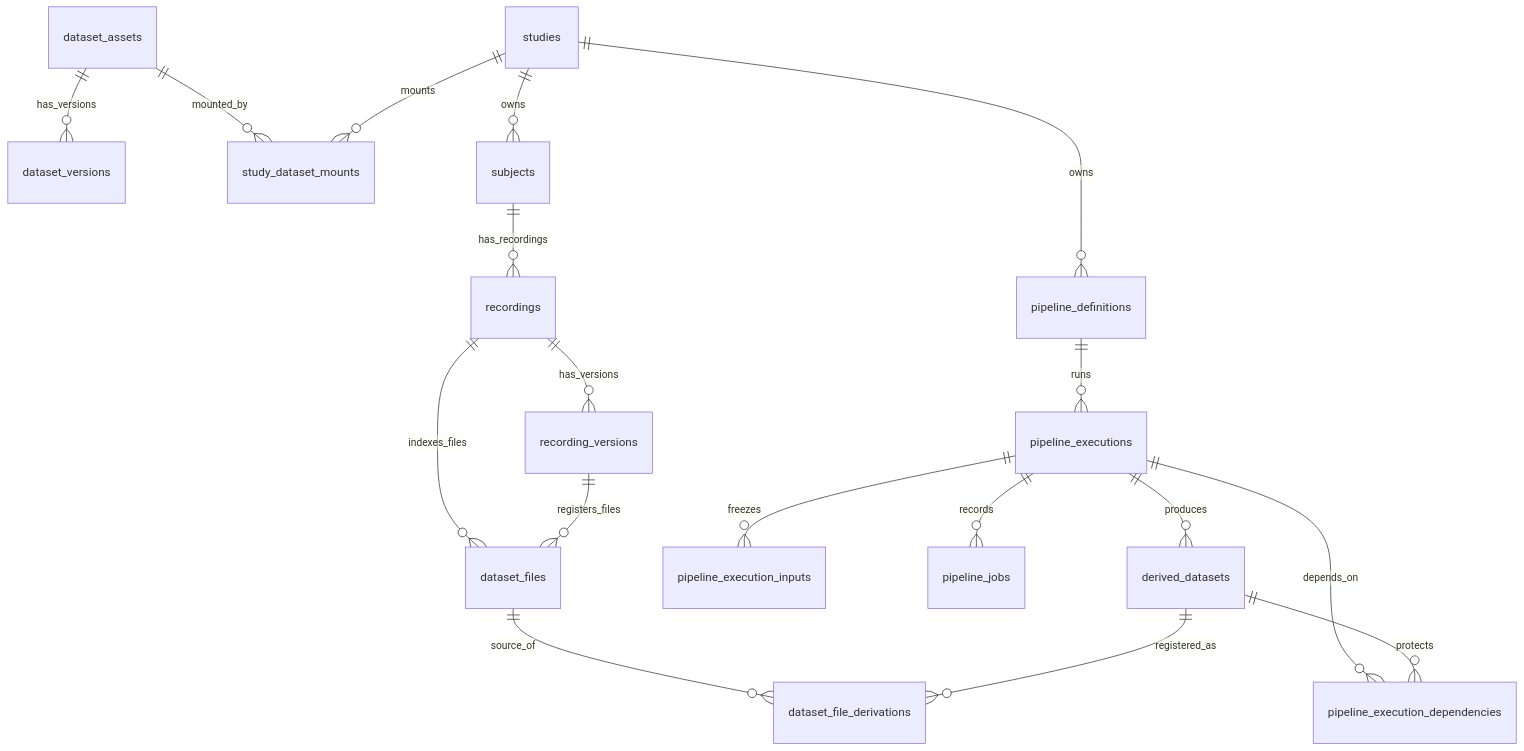
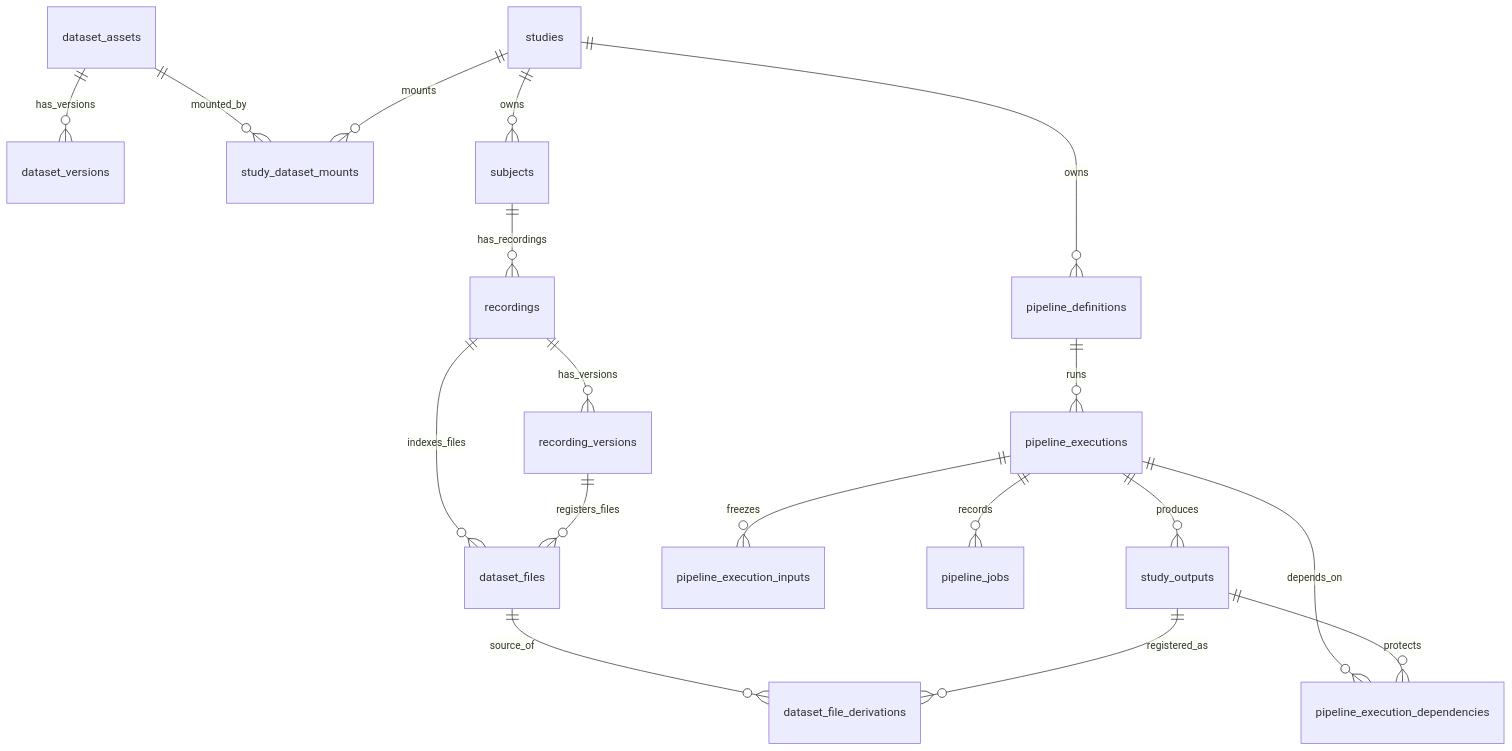
One commit to NoraJinxy/Niantong_GH_version changed the diagram in wiki/docs/3-00-数据库设计总览.md. Above: the diagram before and after it, drawn with Mermaid. The commit also changed other lines of this file and 39 other files, not shown here.

First line of the commit message:
docs(retention): wiki 收尾 — 批量改名 derived_dataset→输出/StudyOutput + 3-45 概念页重写

````diff
--- a/wiki/docs/3-00-数据库设计总览.md
+++ b/wiki/docs/3-00-数据库设计总览.md
@@ -55,20 +55,20 @@
 ```mermaid
 erDiagram
   dataset_assets ||--o{ dataset_versions : has_versions
   dataset_assets ||--o{ study_dataset_mounts : mounted_by
   studies ||--o{ study_dataset_mounts : mounts
   studies ||--o{ subjects : owns
   subjects ||--o{ recordings : has_recordings
   recordings ||--o{ recording_versions : has_versions
   recordings ||--o{ dataset_files : indexes_files
   recording_versions ||--o{ dataset_files : registers_files
   dataset_files ||--o{ dataset_file_derivations : source_of
   studies ||--o{ pipeline_definitions : owns
   pipeline_definitions ||--o{ pipeline_executions : runs
   pipeline_executions ||--o{ pipeline_execution_inputs : freezes
   pipeline_executions ||--o{ pipeline_jobs : records
-  pipeline_executions ||--o{ derived_datasets : produces
+  pipeline_executions ||--o{ study_outputs : produces
   pipeline_executions ||--o{ pipeline_execution_dependencies : depends_on
-  derived_datasets ||--o{ pipeline_execution_dependencies : protects
-  derived_datasets ||--o{ dataset_file_derivations : registered_as
+  study_outputs ||--o{ pipeline_execution_dependencies : protects
+  study_outputs ||--o{ dataset_file_derivations : registered_as
 ```
````
